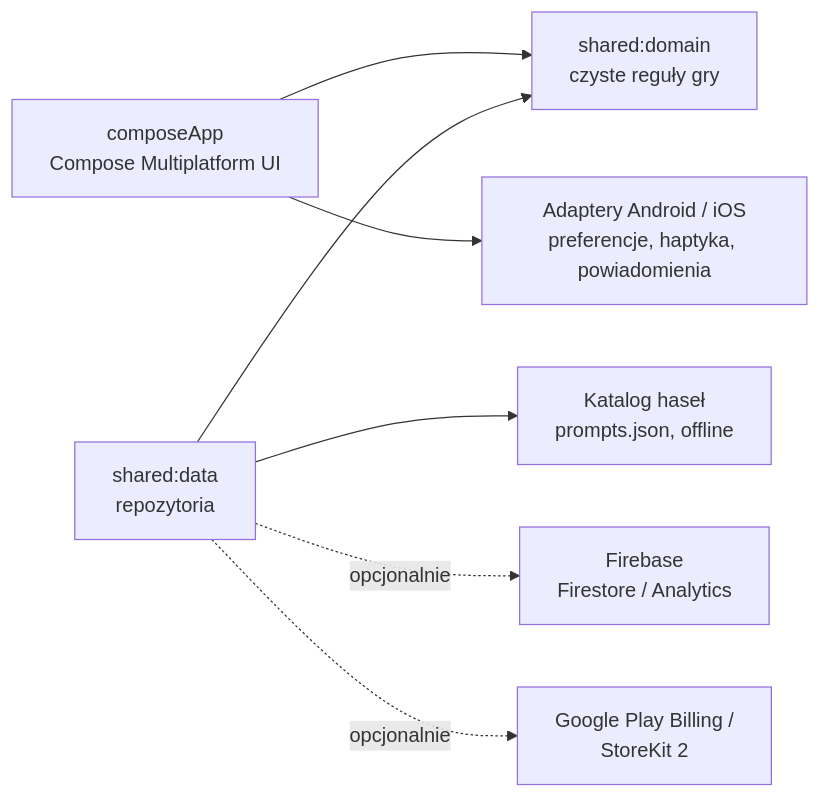
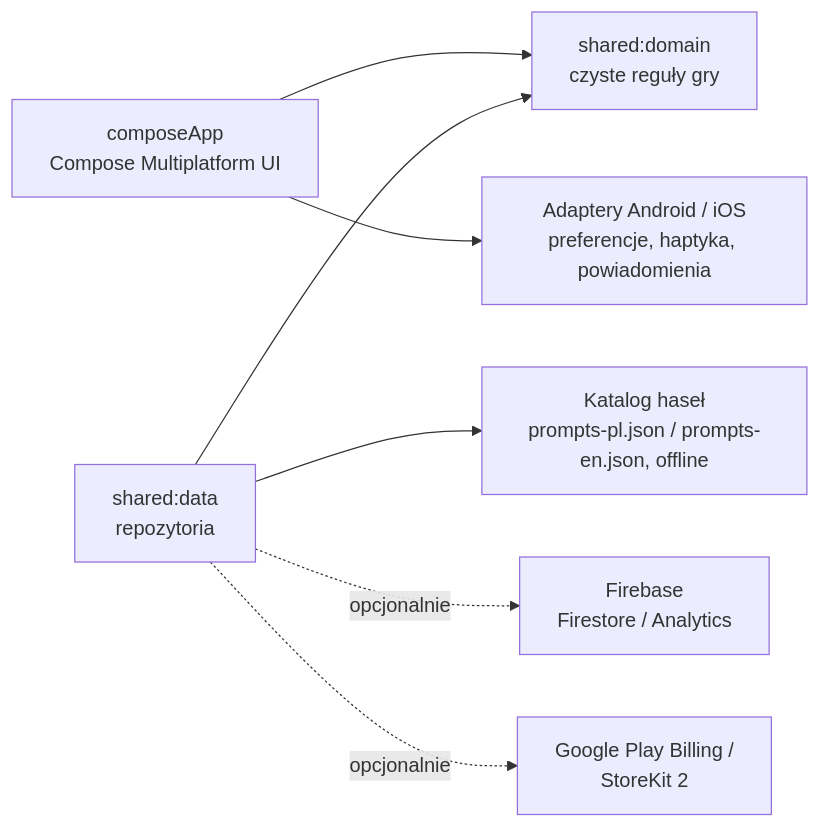
Before and after one commit to jordanrafalm/impostor: the diagram in README.md, drawn with Mermaid. The commit also changed other lines of this file and 41 other files, not shown here.

````diff
--- a/README.md
+++ b/README.md
@@ -32,9 +32,9 @@
 ```mermaid
 flowchart LR
     UI[composeApp<br/>Compose Multiplatform UI] --> Domain[shared:domain<br/>czyste reguły gry]
     Data[shared:data<br/>repozytoria] --> Domain
     UI --> Platform[Adaptery Android / iOS<br/>preferencje, haptyka, powiadomienia]
-    Data --> Seed[Katalog haseł<br/>prompts.json, offline]
+    Data --> Seed[Katalog haseł<br/>prompts-pl.json / prompts-en.json, offline]
     Data -. opcjonalnie .-> Firebase[Firebase<br/>Firestore / Analytics]
     Data -. opcjonalnie .-> Store[Google Play Billing /<br/>StoreKit 2]
 ```
````
